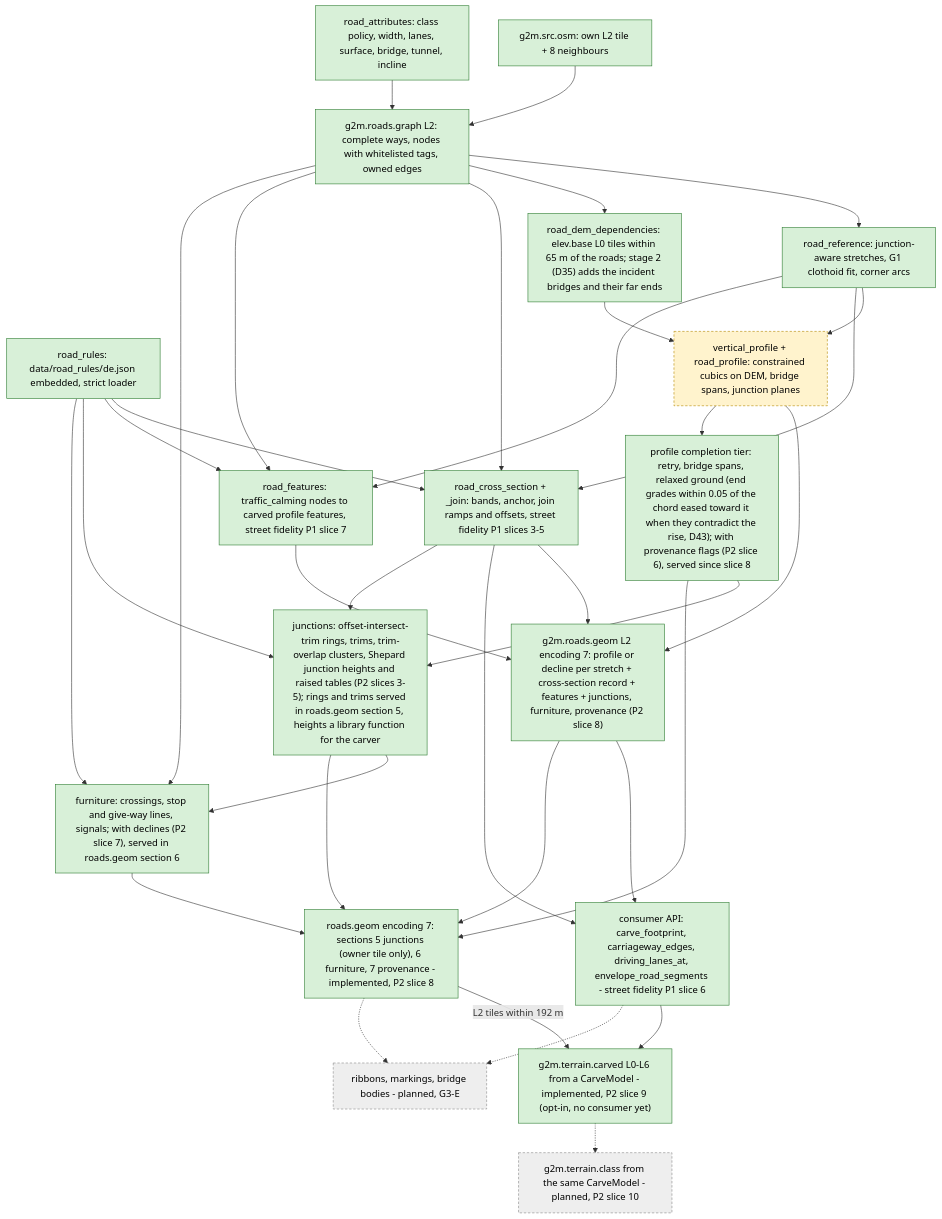
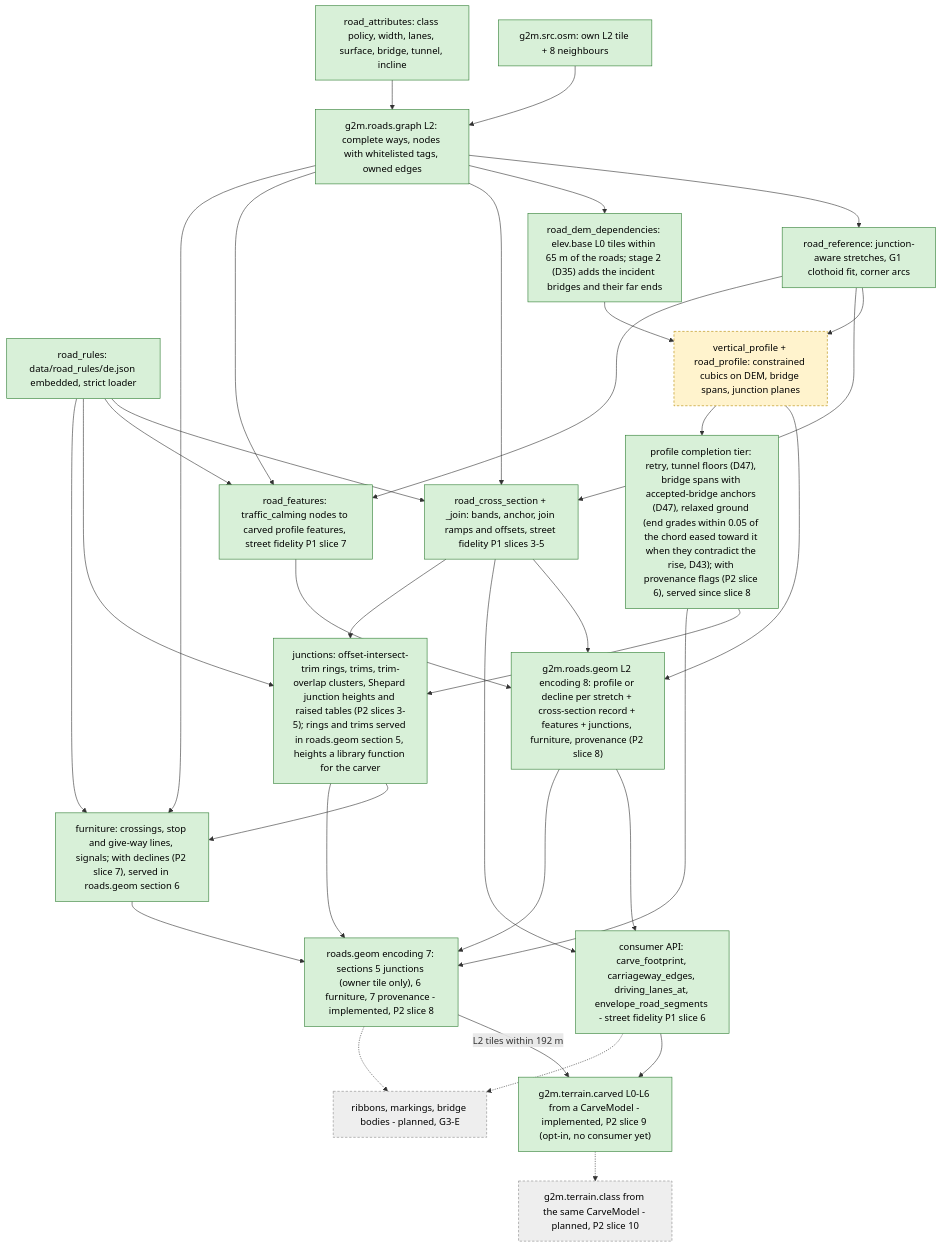
One commit to SebastianDanielFrenz/geo2map_engine changed the diagram in docs/pipeline/roads.md. Above: the diagram before and after it, drawn with Mermaid. The commit also changed other lines of this file and 28 other files, not shown here.

First line of the commit message:
Terrain migration phase 4: tunnel floors and accepted-bridge anchors (D47)

````diff
--- a/docs/pipeline/roads.md
+++ b/docs/pipeline/roads.md
@@ -7,58 +7,58 @@
 ```mermaid
 flowchart TD
   OSM9["g2m.src.osm: own L2 tile + 8 neighbours"]
   ATTR["road_attributes: class policy, width, lanes, surface, bridge, tunnel, incline"]
   GRAPH["g2m.roads.graph L2: complete ways, nodes with whitelisted tags, owned edges"]
   RULES["road_rules: data/road_rules/de.json embedded, strict loader"]
   XS["road_cross_section + _join: bands, anchor, join ramps and offsets, street fidelity P1 slices 3-5"]
   API["consumer API: carve_footprint, carriageway_edges, driving_lanes_at, envelope_road_segments - street fidelity P1 slice 6"]
   REF["road_reference: junction-aware stretches, G1 clothoid fit, corner arcs"]
   DEMDEP["road_dem_dependencies: elev.base L0 tiles within 65 m of the roads; stage 2 (D35) adds the incident bridges and their far ends"]
   PROF["vertical_profile + road_profile: constrained cubics on DEM, bridge spans, junction planes"]
   FEAT["road_features: traffic_calming nodes to carved profile features, street fidelity P1 slice 7"]
-  GEOM["g2m.roads.geom L2 encoding 7: profile or decline per stretch + cross-section record + features + junctions, furniture, provenance (P2 slice 8)"]
-  COMPL["profile completion tier: retry, bridge spans, relaxed ground (end grades within 0.05 of the chord eased toward it when they contradict the rise, D43); with provenance flags (P2 slice 6), served since slice 8"]
+  GEOM["g2m.roads.geom L2 encoding 8: profile or decline per stretch + cross-section record + features + junctions, furniture, provenance (P2 slice 8)"]
+  COMPL["profile completion tier: retry, tunnel floors (D47), bridge spans with accepted-bridge anchors (D47), relaxed ground (end grades within 0.05 of the chord eased toward it when they contradict the rise, D43); with provenance flags (P2 slice 6), served since slice 8"]
   JUNC["junctions: offset-intersect-trim rings, trims, trim-overlap clusters, Shepard junction heights and raised tables (P2 slices 3-5); rings and trims served in roads.geom section 5, heights a library function for the carver"]
   FURN["furniture: crossings, stop and give-way lines, signals; with declines (P2 slice 7), served in roads.geom section 6"]
   GEOM7["roads.geom encoding 7: sections 5 junctions (owner tile only), 6 furniture, 7 provenance - implemented, P2 slice 8"]
   CARVE["g2m.terrain.carved L0-L6 from a CarveModel - implemented, P2 slice 9 (opt-in, no consumer yet)"]
   CLASSL["g2m.terrain.class from the same CarveModel - planned, P2 slice 10"]
   RIB["ribbons, markings, bridge bodies - planned, G3-E"]
   OSM9 --> GRAPH
   ATTR --> GRAPH
   GRAPH --> REF --> PROF
   GRAPH --> DEMDEP --> PROF
   RULES --> XS
   GRAPH --> XS
   REF --> XS
   XS --> GEOM
   GRAPH --> FEAT
   REF --> FEAT
   RULES --> FEAT
   FEAT --> GEOM
   PROF --> GEOM
   XS --> API
   GEOM --> API
   PROF --> COMPL
   COMPL --> JUNC
   XS --> JUNC
   RULES --> JUNC
   JUNC --> FURN
   GRAPH --> FURN
   RULES --> FURN
   COMPL --> GEOM7
   JUNC --> GEOM7
   FURN --> GEOM7
   GEOM --> GEOM7
   GEOM7 -->|"L2 tiles within 192 m"| CARVE
   API --> CARVE
   CARVE -.-> CLASSL
   API -.-> RIB
   GEOM7 -.-> RIB
   classDef done fill:#d8f0d8,stroke:#2e7d32,color:#000;
   classDef part fill:#fff3cd,stroke:#b58900,stroke-dasharray:4 3,color:#000;
   classDef plan fill:#eeeeee,stroke:#888888,stroke-dasharray:4 3,color:#000;
   class OSM9,ATTR,GRAPH,REF,DEMDEP,GEOM,RULES,XS,API,FEAT,COMPL,JUNC,FURN,GEOM7,CARVE done;
   class PROF part;
   class CLASSL,RIB plan;
 ```
````
